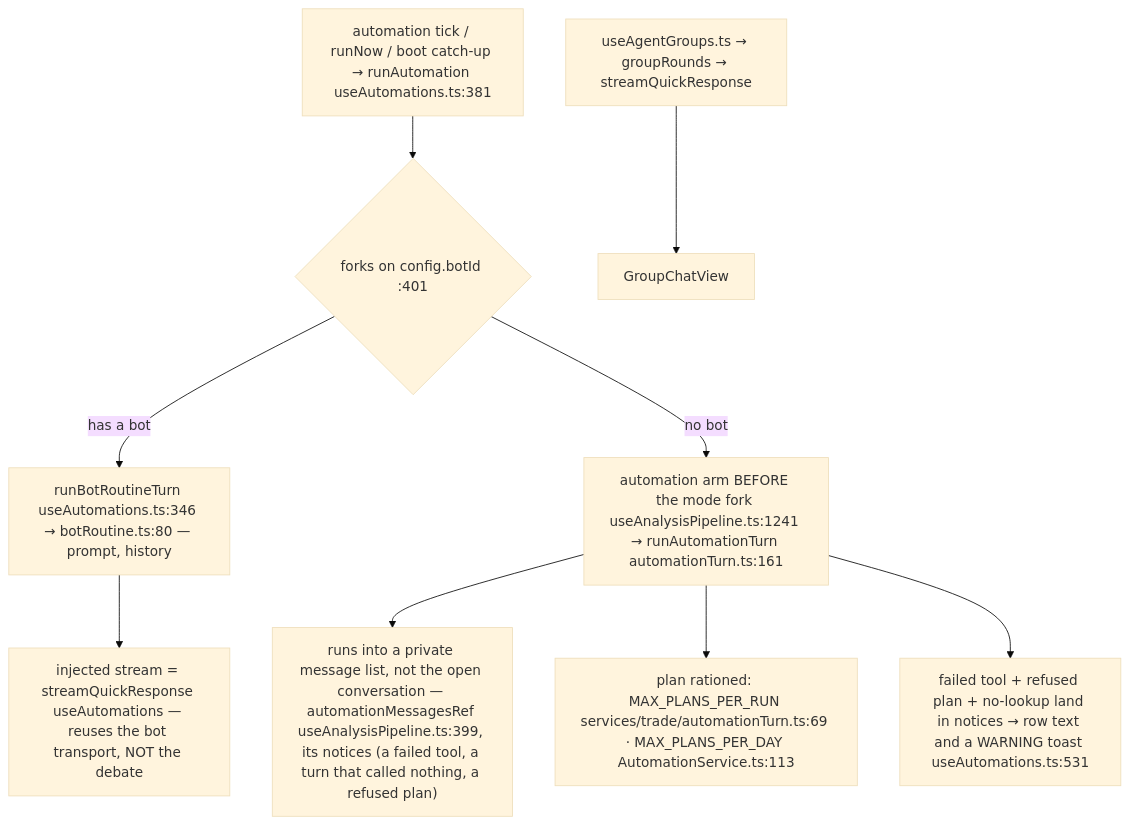
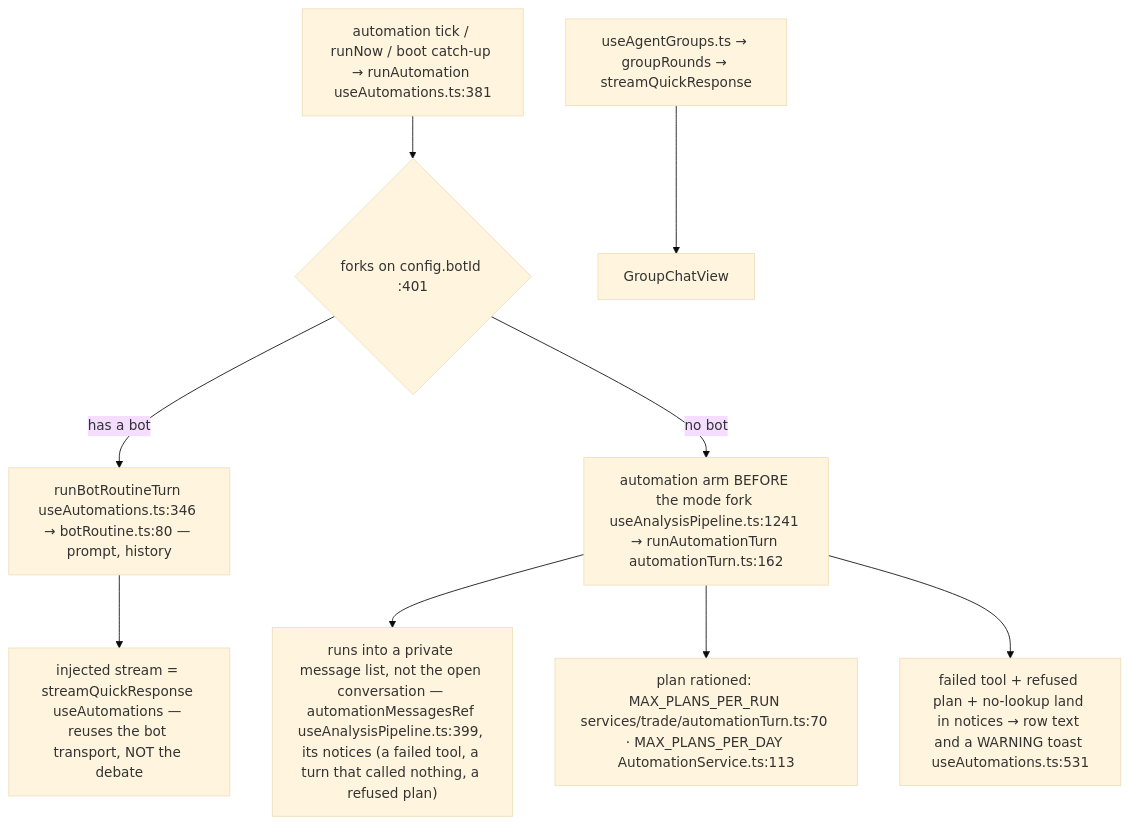
The fifth of 8 diagrams in docs/app-flow.md (Acepay25/august-3.5), drawn with Mermaid (base theme) before and after one commit. The commit also changed other lines of this file and 26 other files, not shown here.

````diff
--- a/docs/app-flow.md
+++ b/docs/app-flow.md
@@ -300,11 +390,11 @@
 ```mermaid
 flowchart TD
     TK["automation tick / runNow / boot catch-up → runAutomation useAutomations.ts:381"] --> D{"forks on config.botId :401"}
     D -->|has a bot| BR["runBotRoutineTurn useAutomations.ts:346 → botRoutine.ts:80 — prompt, history"]
     BR --> ST["injected stream = streamQuickResponse useAutomations — reuses the bot transport, NOT the debate"]
-    D -->|no bot| AT["automation arm BEFORE the mode fork useAnalysisPipeline.ts:1241 → runAutomationTurn automationTurn.ts:161"]
+    D -->|no bot| AT["automation arm BEFORE the mode fork useAnalysisPipeline.ts:1241 → runAutomationTurn automationTurn.ts:162"]
     AT --> PRIV["runs into a private message list, not the open conversation — automationMessagesRef useAnalysisPipeline.ts:399, its notices (a failed tool, a turn that called nothing, a refused plan)"]
-    AT --> CAP["plan rationed: MAX_PLANS_PER_RUN services/trade/automationTurn.ts:69 · MAX_PLANS_PER_DAY AutomationService.ts:113"]
+    AT --> CAP["plan rationed: MAX_PLANS_PER_RUN services/trade/automationTurn.ts:70 · MAX_PLANS_PER_DAY AutomationService.ts:113"]
     AT --> FAIL["failed tool + refused plan + no-lookup land in notices → row text and a WARNING toast useAutomations.ts:531"]
     GR["useAgentGroups.ts → groupRounds → streamQuickResponse"] --> GV["GroupChatView"]
 ```
````
